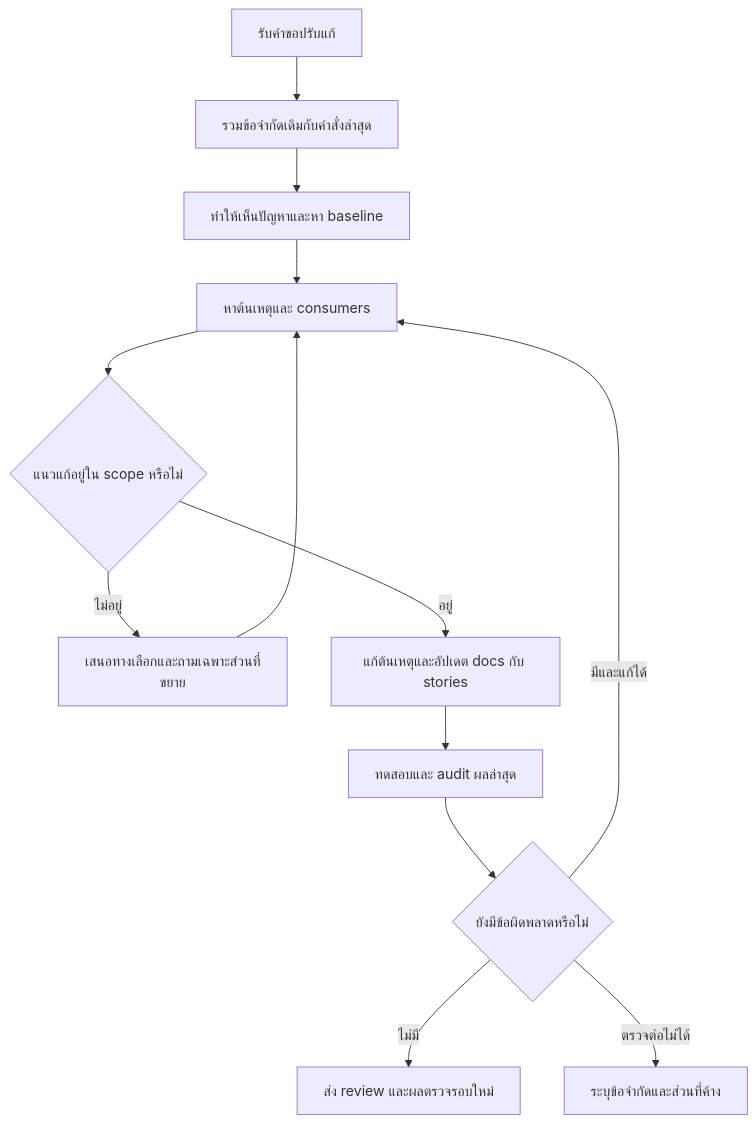
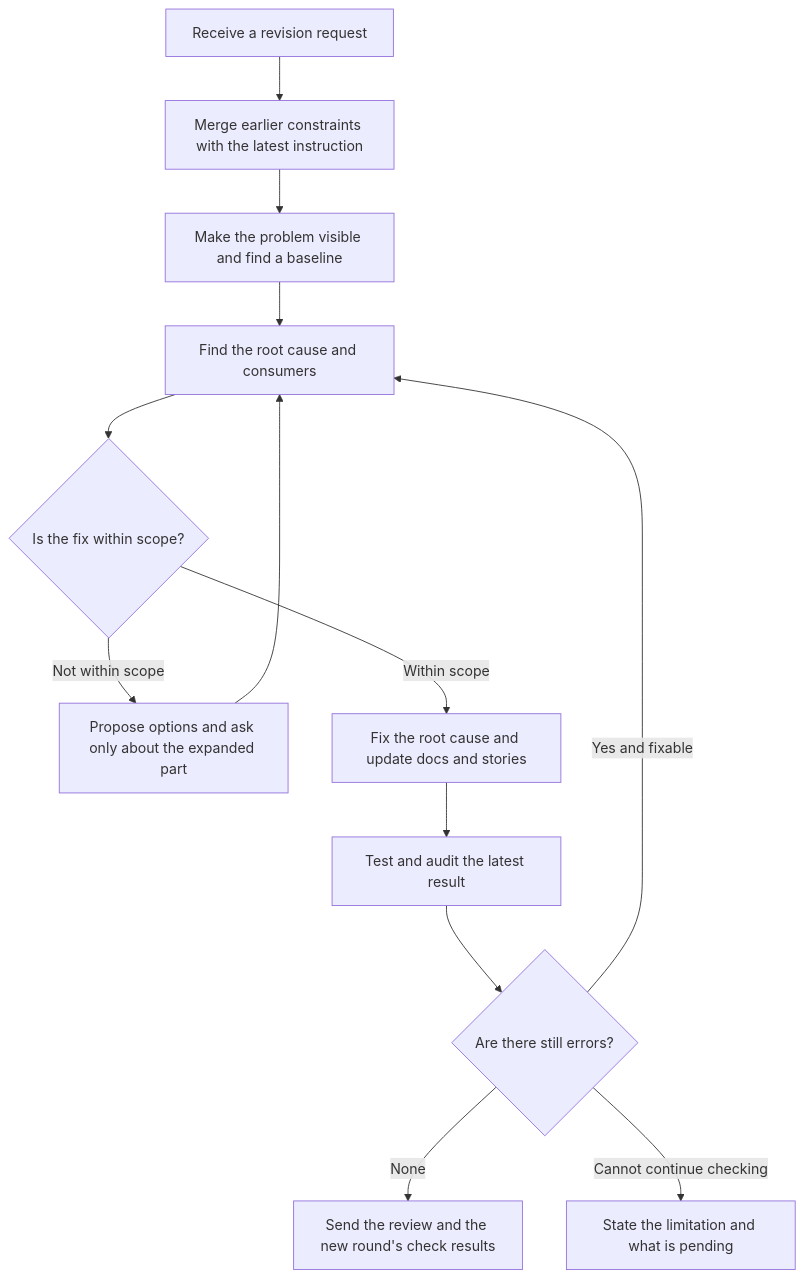
One commit to PraewNAT/cariva-design-workspace changed the third of 3 diagrams in design-system/rules/ui-workflow.md. Above: the diagram before and after it, drawn with Mermaid. The commit also changed other lines of this file and 190 other files, not shown here.

````diff
--- a/design-system/rules/ui-workflow.md
+++ b/design-system/rules/ui-workflow.md
@@ -202,15 +202,15 @@
 ```mermaid
 flowchart TD
-  Request["รับคำขอปรับแก้"] --> Constraints["รวมข้อจำกัดเดิมกับคำสั่งล่าสุด"]
-  Constraints --> Reproduce["ทำให้เห็นปัญหาและหา baseline"]
-  Reproduce --> Cause["หาต้นเหตุและ consumers"]
-  Cause --> Authorized{"แนวแก้อยู่ใน scope หรือไม่"}
-  Authorized -->|ไม่อยู่| Question["เสนอทางเลือกและถามเฉพาะส่วนที่ขยาย"]
+  Request["Receive a revision request"] --> Constraints["Merge earlier constraints with the latest instruction"]
+  Constraints --> Reproduce["Make the problem visible and find a baseline"]
+  Reproduce --> Cause["Find the root cause and consumers"]
+  Cause --> Authorized{"Is the fix within scope?"}
+  Authorized -->|Not within scope| Question["Propose options and ask only about the expanded part"]
   Question --> Cause
-  Authorized -->|อยู่| Fix["แก้ต้นเหตุและอัปเดต docs กับ stories"]
-  Fix --> Verify["ทดสอบและ audit ผลล่าสุด"]
-  Verify --> Pass{"ยังมีข้อผิดพลาดหรือไม่"}
-  Pass -->|มีและแก้ได้| Cause
-  Pass -->|ไม่มี| Deliver["ส่ง review และผลตรวจรอบใหม่"]
-  Pass -->|ตรวจต่อไม่ได้| Block["ระบุข้อจำกัดและส่วนที่ค้าง"]
+  Authorized -->|Within scope| Fix["Fix the root cause and update docs and stories"]
+  Fix --> Verify["Test and audit the latest result"]
+  Verify --> Pass{"Are there still errors?"}
+  Pass -->|Yes and fixable| Cause
+  Pass -->|None| Deliver["Send the review and the new round's check results"]
+  Pass -->|Cannot continue checking| Block["State the limitation and what is pending"]
 ```
````
